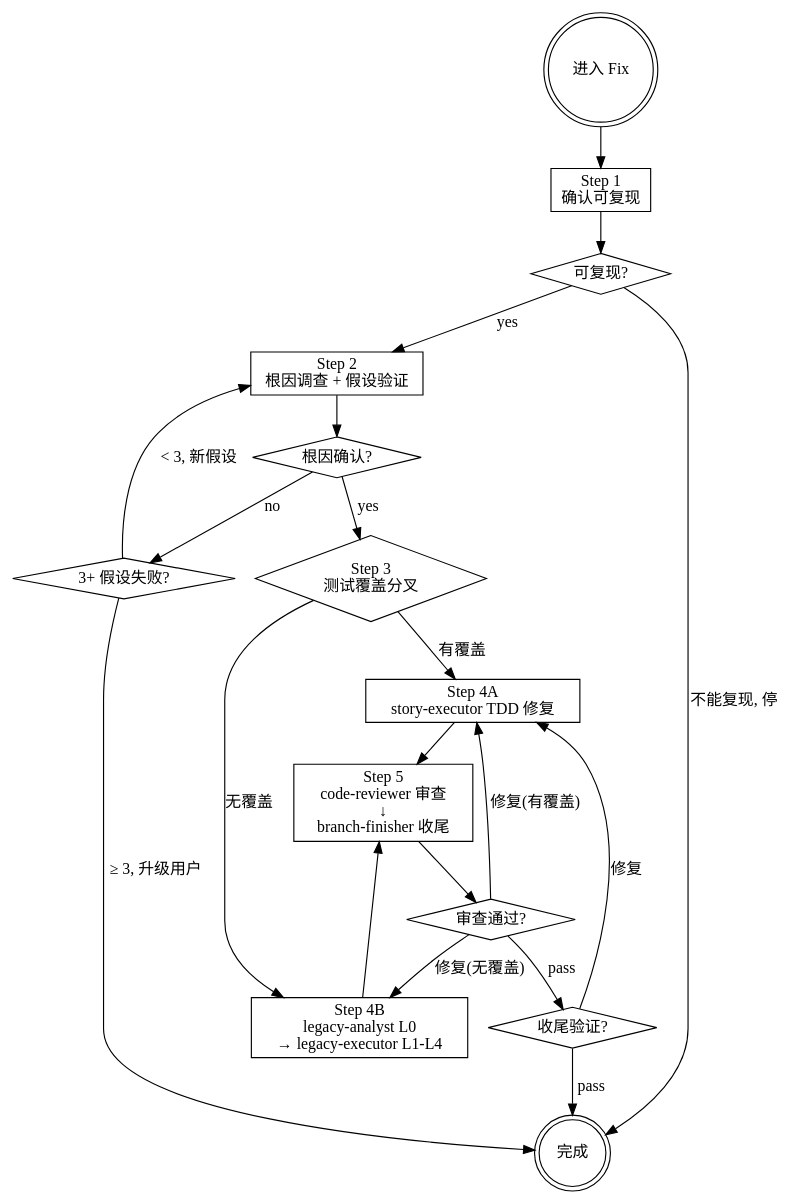
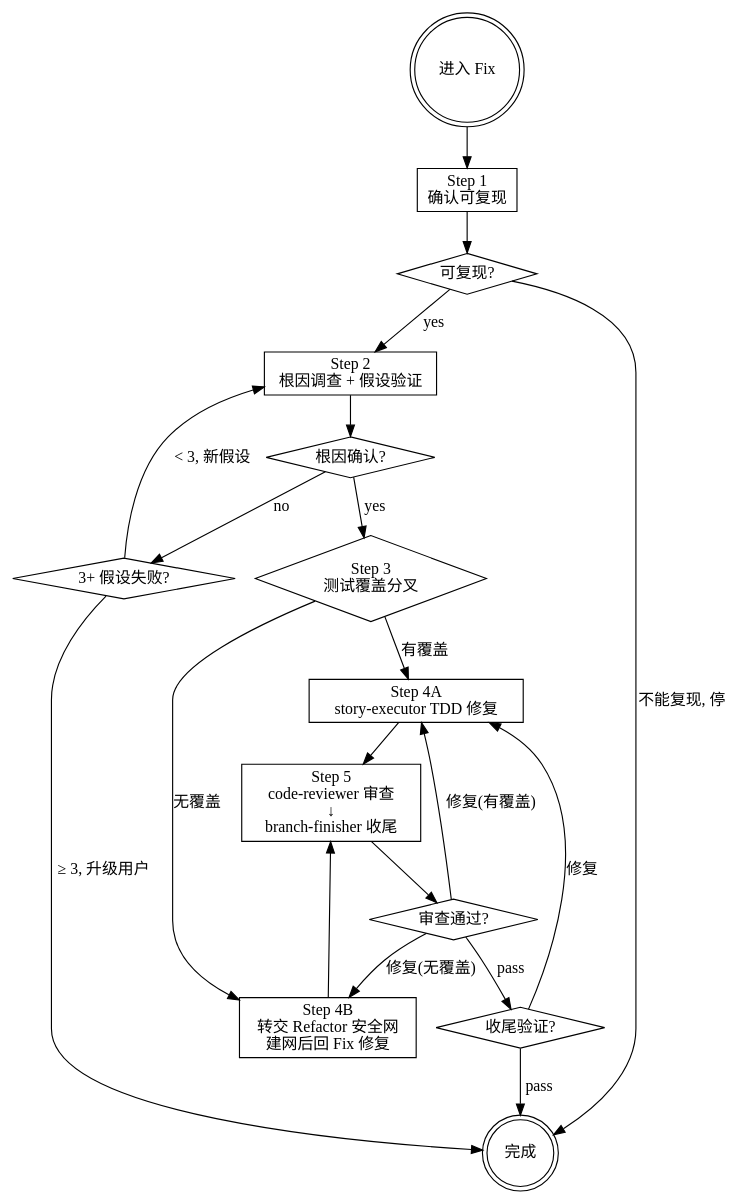
The diagram in agents/Fix.md (hsiang-lee/my_opencode), drawn with Graphviz before and after one commit. The commit also changed other lines of this file and 14 other files, not shown here.

````diff
--- a/agents/Fix.md
+++ b/agents/Fix.md
@@ -62,39 +61,39 @@
 ```dot
 digraph fix_flow {
     rankdir=TB;
     start [label="进入 Fix", shape=doublecircle];
     step1 [label="Step 1\n确认可复现", shape=box];
     step2 [label="Step 2\n根因调查 + 假设验证", shape=box];
     step3 [label="Step 3\n测试覆盖分叉", shape=diamond];
     fixA [label="Step 4A\nstory-executor TDD 修复", shape=box];
-    fixB [label="Step 4B\nlegacy-analyst L0\n→ legacy-executor L1-L4", shape=box];
+    fixB [label="Step 4B\n转交 Refactor 安全网\n建网后回 Fix 修复", shape=box];
     step5 [label="Step 5\ncode-reviewer 审查\n↓\nbranch-finisher 收尾", shape=box];
 
     gate1 [label="可复现?", shape=diamond];
     gate2 [label="根因确认?", shape=diamond];
     gate2_fail [label="3+ 假设失败?", shape=diamond];
     gate5a [label="审查通过?", shape=diamond];
     gate5b [label="收尾验证?", shape=diamond];
     done [label="完成", shape=doublecircle];
 
     start -> step1;
     step1 -> gate1;
     gate1 -> step2 [label="yes"];
     gate1 -> done [label="不能复现, 停"];
     step2 -> gate2;
     gate2 -> step3 [label="yes"];
     gate2 -> gate2_fail [label="no"];
     gate2_fail -> step2 [label="< 3, 新假设"];
     gate2_fail -> done [label="≥ 3, 升级用户"];
     step3 -> fixA [label="有覆盖"];
     step3 -> fixB [label="无覆盖"];
     fixA -> step5;
     fixB -> step5;
     step5 -> gate5a;
     gate5a -> fixA [label="修复(有覆盖)"];
     gate5a -> fixB [label="修复(无覆盖)"];
     gate5a -> gate5b [label="pass"];
     gate5b -> fixA [label="修复"];
     gate5b -> done [label="pass"];
 }
 ```
````
